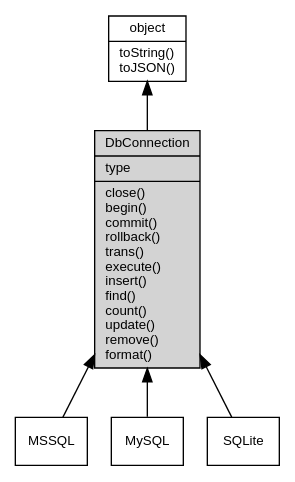
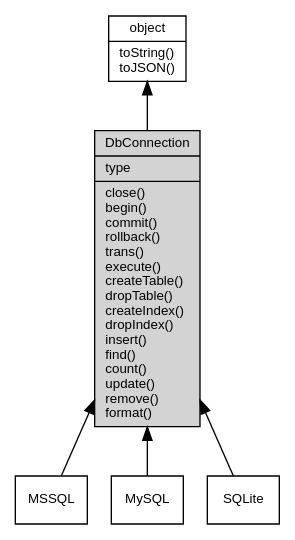
Before and after one commit to fibjs/fibjs.org: the diagram in docs/manual/object/ifs/DbConnection.md, drawn with Graphviz. The commit also changed other lines of this file and 49 other files, not shown here.

````diff
--- a/docs/manual/object/ifs/DbConnection.md
+++ b/docs/manual/object/ifs/DbConnection.md
@@ -5,16 +5,16 @@
 ```dot
 digraph {
     node [fontname="Helvetica,sans-Serif", fontsize=10, shape="record", style="filled", fillcolor="white"];
 
     object [tooltip="object", URL="object.md", label="{object|toString()\ltoJSON()\l}"];
-    DbConnection [tooltip="DbConnection", fillcolor="lightgray", id="me", label="{DbConnection|type\l|close()\lbegin()\lcommit()\lrollback()\ltrans()\lexecute()\linsert()\lfind()\lcount()\lupdate()\lremove()\lformat()\l}"];
+    DbConnection [tooltip="DbConnection", fillcolor="lightgray", id="me", label="{DbConnection|type\l|close()\lbegin()\lcommit()\lrollback()\ltrans()\lexecute()\lcreateTable()\ldropTable()\lcreateIndex()\ldropIndex()\linsert()\lfind()\lcount()\lupdate()\lremove()\lformat()\l}"];
     MSSQL [tooltip="MSSQL", URL="MSSQL.md", label="{MSSQL}"];
     MySQL [tooltip="MySQL", URL="MySQL.md", label="{MySQL}"];
     SQLite [tooltip="SQLite", URL="SQLite.md", label="{SQLite}"];
 
     object -> DbConnection [dir=back];
     DbConnection -> MSSQL [dir=back];
     DbConnection -> MySQL [dir=back];
     DbConnection -> SQLite [dir=back];
 }
 ```
````
